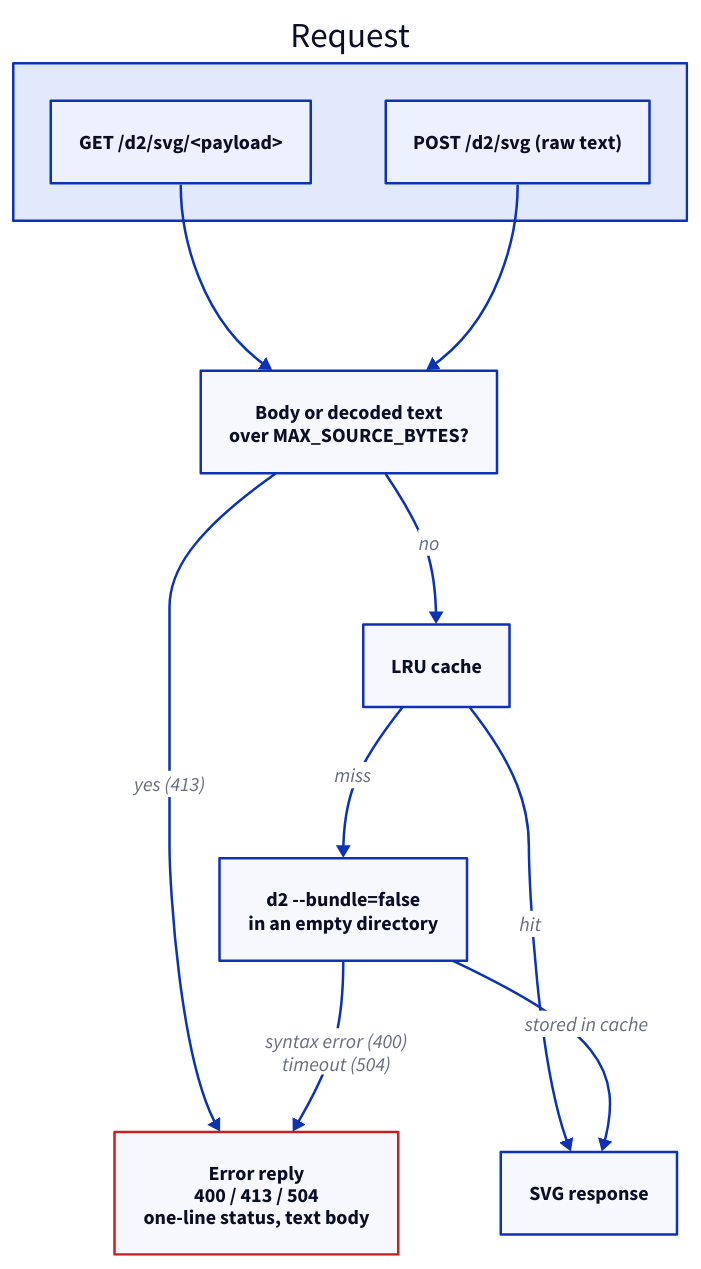
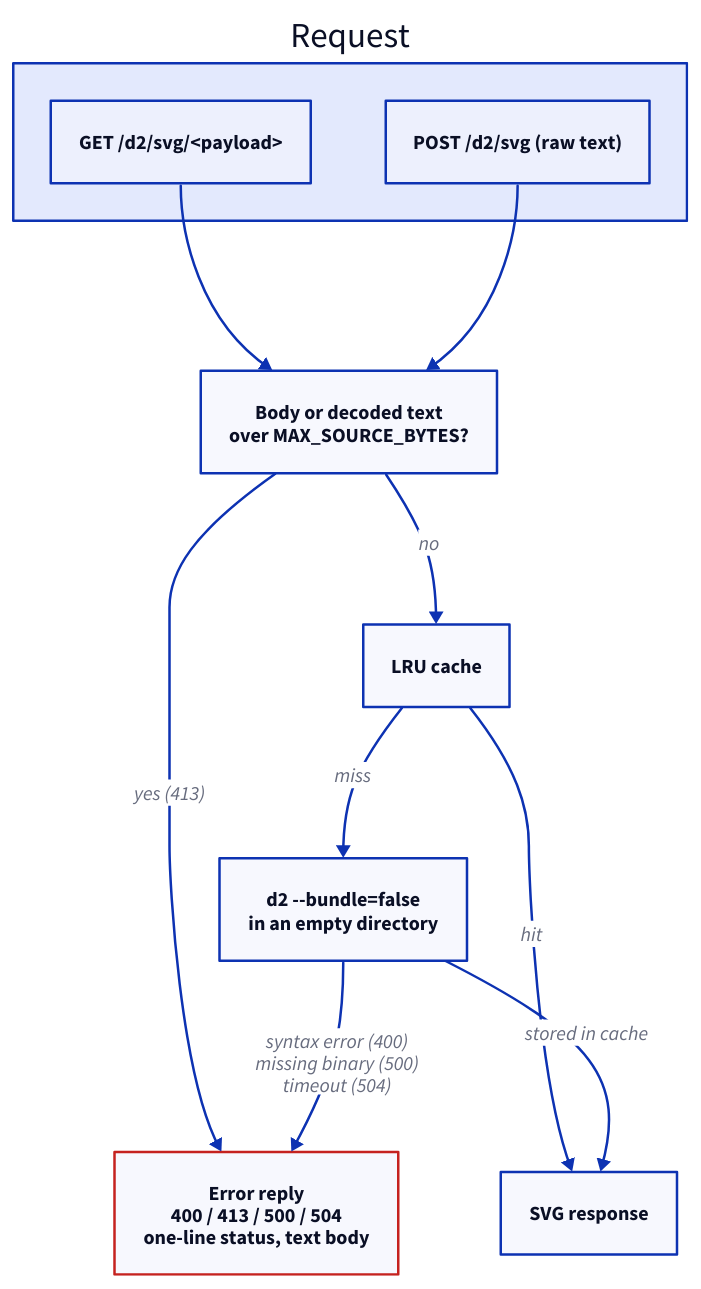
The first of 3 diagrams in docs/030-architecture.md (kanad13/d2-renderer), drawn with D2 before and after one commit. The commit also changed other lines of this file and 22 other files, not shown here.

````diff
--- a/docs/030-architecture.md
+++ b/docs/030-architecture.md
@@ -24,27 +24,27 @@
 ```d2
 direction: down
 
 req: Request {
   get: "GET /d2/svg/<payload>"
   post: "POST /d2/svg (raw text)"
 }
 
 limits: Size check {
   label: "Body or decoded text\nover MAX_SOURCE_BYTES?"
 }
 cache: LRU cache
 compile: "d2 --bundle=false\nin an empty directory"
 reply: SVG response
-errors: "Error reply\n400 / 413 / 504\none-line status, text body" {
+errors: "Error reply\n400 / 413 / 500 / 504\none-line status, text body" {
   style.stroke: "#C5221F"
 }
 
 req.get -> limits
 req.post -> limits
 limits -> errors: yes (413)
 limits -> cache: no
 cache -> reply: hit
 cache -> compile: miss
 compile -> reply: stored in cache
-compile -> errors: syntax error (400)\ntimeout (504)
+compile -> errors: syntax error (400)\nmissing binary (500)\ntimeout (504)
 ```
````
